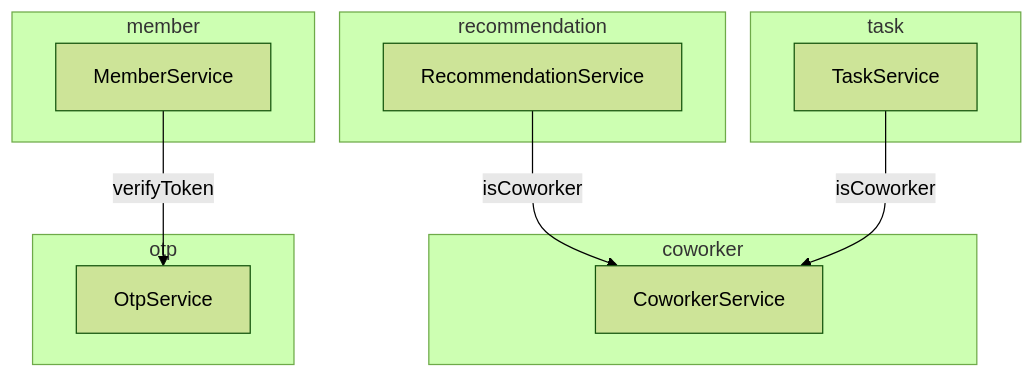
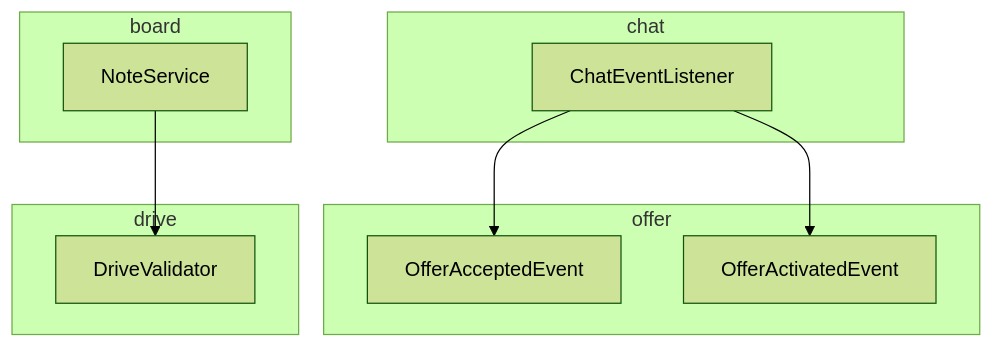
One commit to mortonCareer/bconnect changed the second of 2 diagrams in apps/api/docs/project-structure.md. Above: the diagram before and after it, drawn with Mermaid (forest theme). The commit also changed other lines of this file and 7 other files, not shown here.

````diff
--- a/apps/api/docs/project-structure.md
+++ b/apps/api/docs/project-structure.md
@@ -156,21 +68,19 @@
 ```mermaid
 graph TD
-  subgraph recommendation
-    RecS[RecommendationService]
+  subgraph chat
+    ChatL[ChatEventListener]
   end
-  subgraph coworker
-    CowS[CoworkerService]
+  subgraph offer
+    OfferAE[OfferAcceptedEvent]
+    OfferVE[OfferActivatedEvent]
   end
-  subgraph task
-    TaskS[TaskService]
+  subgraph board
+    NoteS[NoteService]
   end
-  subgraph member
-    MemS[MemberService]
+  subgraph drive
+    DriveV[DriveValidator]
   end
-  subgraph otp
-    OtpS[OtpService]
-  end
-  RecS -->|isCoworker| CowS
-  TaskS -->|isCoworker| CowS
-  MemS -->|verifyToken| OtpS
+  ChatL --> OfferAE
+  ChatL --> OfferVE
+  NoteS --> DriveV
 ```
````
